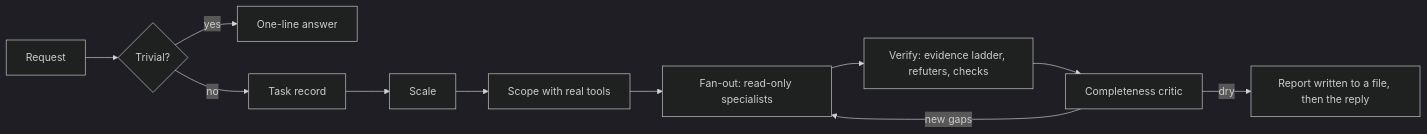
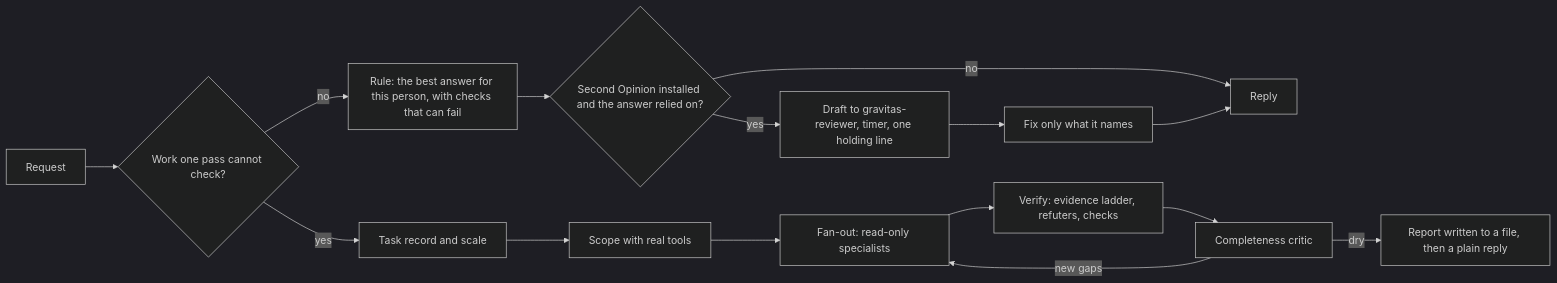
Before and after one commit to Emily2040/gravitas: the diagram in README.md, drawn with Mermaid (dark theme). The commit also changed other lines of this file and 315 other files, not shown here.

````diff
--- a/README.md
+++ b/README.md
@@ -182,13 +939,17 @@
 ```mermaid
 flowchart LR
-  A[Request] --> B{Trivial?}
-  B -- yes --> Z[One-line answer]
-  B -- no --> C[Task record]
-  C --> D[Scale]
-  D --> E[Scope with real tools]
-  E --> F[Fan-out: read-only specialists]
-  F --> G[Verify: evidence ladder, refuters, checks]
-  G --> H[Completeness critic]
-  H -- new gaps --> F
-  H -- dry --> I[Report written to a file, then the reply]
+  A[Request] --> B{Work one pass cannot check?}
+  B -- no --> C[Rule: the best answer for this person, with checks that can fail]
+  C --> D{Second Opinion installed and the answer relied on?}
+  D -- no --> R[Reply]
+  D -- yes --> E[Draft to gravitas-reviewer, timer, one holding line]
+  E --> F[Fix only what it names]
+  F --> R
+  B -- yes --> G[Task record and scale]
+  G --> H[Scope with real tools]
+  H --> I[Fan-out: read-only specialists]
+  I --> J[Verify: evidence ladder, refuters, checks]
+  J --> K[Completeness critic]
+  K -- new gaps --> I
+  K -- dry --> L[Report written to a file, then a plain reply]
 ```
````
